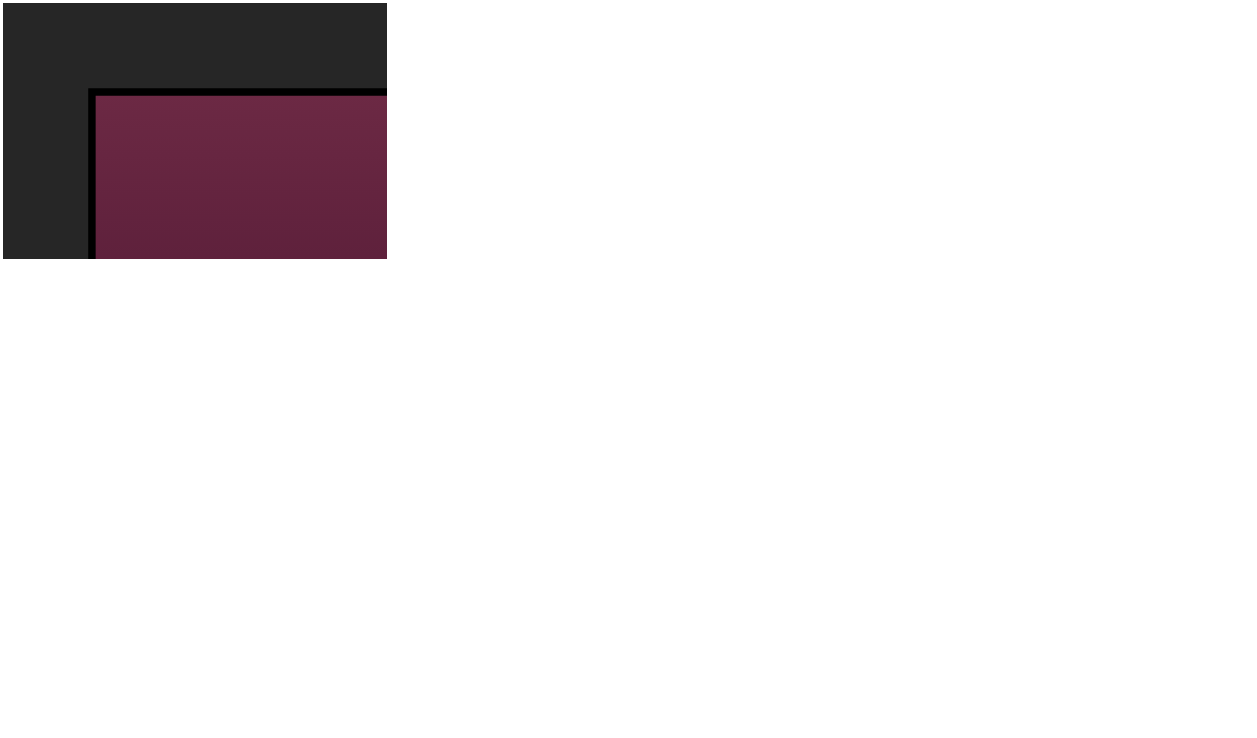
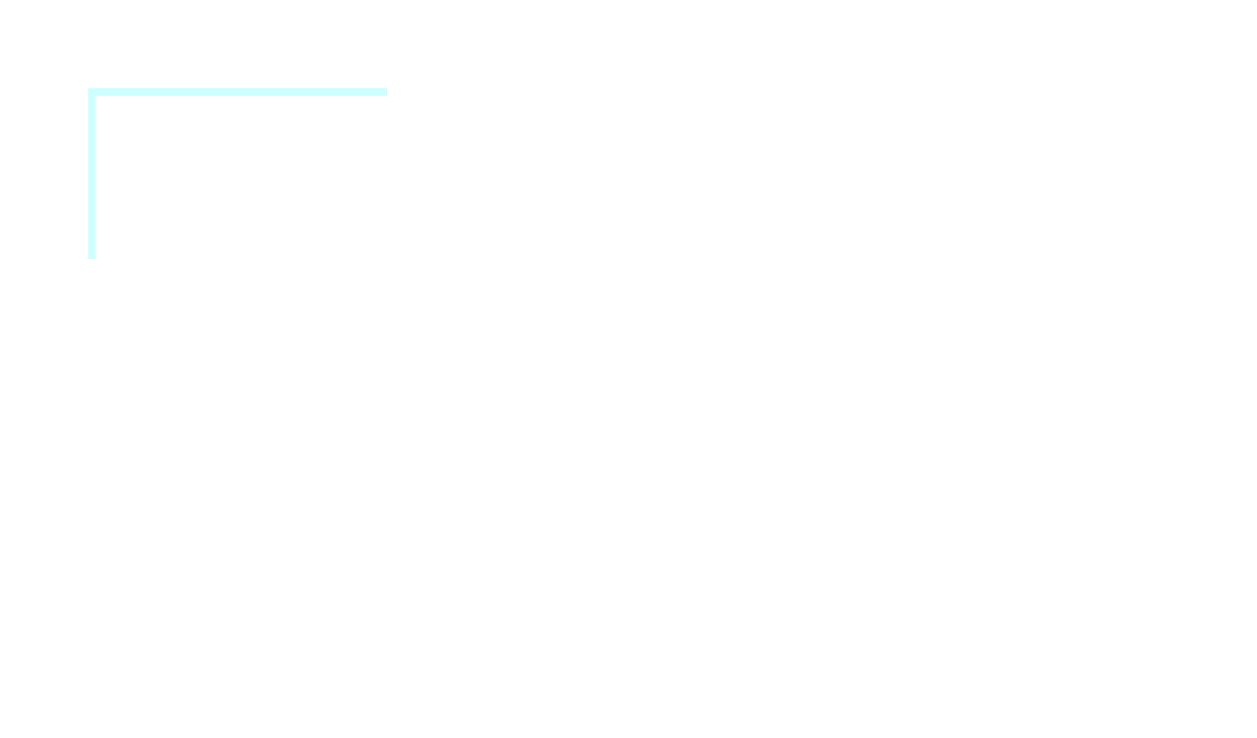
Before and after one commit to julianfl0w/Deism: the diagram in graphs/Topology.dot, drawn with Graphviz. The commit also changed 41 other files, not shown here.

```diff
--- a/graphs/Topology.dot
+++ b/graphs/Topology.dot
@@ -1,33 +1,33 @@
 digraph D {
 rankdir = TB
 style = filled
-fontcolor = white
-color = white
-bgcolor = "#262626"
+fontcolor = black
+color = black
+bgcolor = white
 gradientangle = 0
 dpi = 300
-subgraph "cluster_112"{
+subgraph "cluster_113"{
 penwidth=1;
  rankdir=TB;
  shape=box;
- color=black;
- fontcolor=white;
- fillcolor="#6C2944:#29001C";
+ color="#ccffff";
+ fontcolor=black;
+ fillcolor=white;
  style=filled;
  gradientangle=270.05;
  label="Heaven";
- "cluster_113" [penwidth=1, rankdir=TB, shape=box, color=black, fontcolor=white, fillcolor="#6C2944:#29001C", style=filled, gradientangle=270.05, label="God"]
-subgraph "cluster_114"{
+ "cluster_114" [penwidth=1, rankdir=TB, shape=box, color="#ccffff", fontcolor=black, fillcolor=white, style=filled, gradientangle=270.05, label="God"]
+subgraph "cluster_115"{
 penwidth=1;
  rankdir=TB;
  shape=box;
- color=black;
- fontcolor=white;
- fillcolor="#6C2944:#29001C";
+ color="#ccffff";
+ fontcolor=black;
+ fillcolor=white;
  style=filled;
  gradientangle=270.05;
  label="The Cosmos";
- "cluster_115" [penwidth=1, rankdir=TB, shape=box, color=black, fontcolor=white, fillcolor="#6C2944:#29001C", style=filled, gradientangle=270.05, label="Us"]
+ "cluster_116" [penwidth=1, rankdir=TB, shape=box, color="#ccffff", fontcolor=black, fillcolor=white, style=filled, gradientangle=270.05, label="Us"]
 }
 }
 }
```
